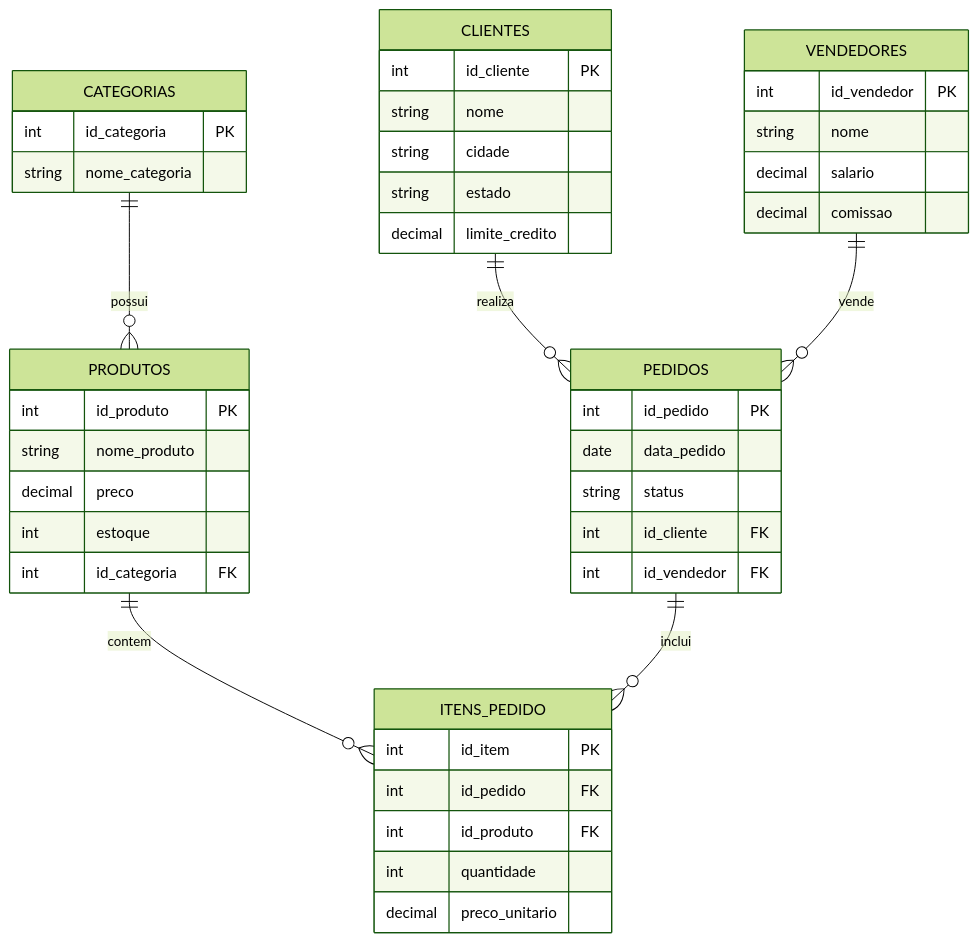
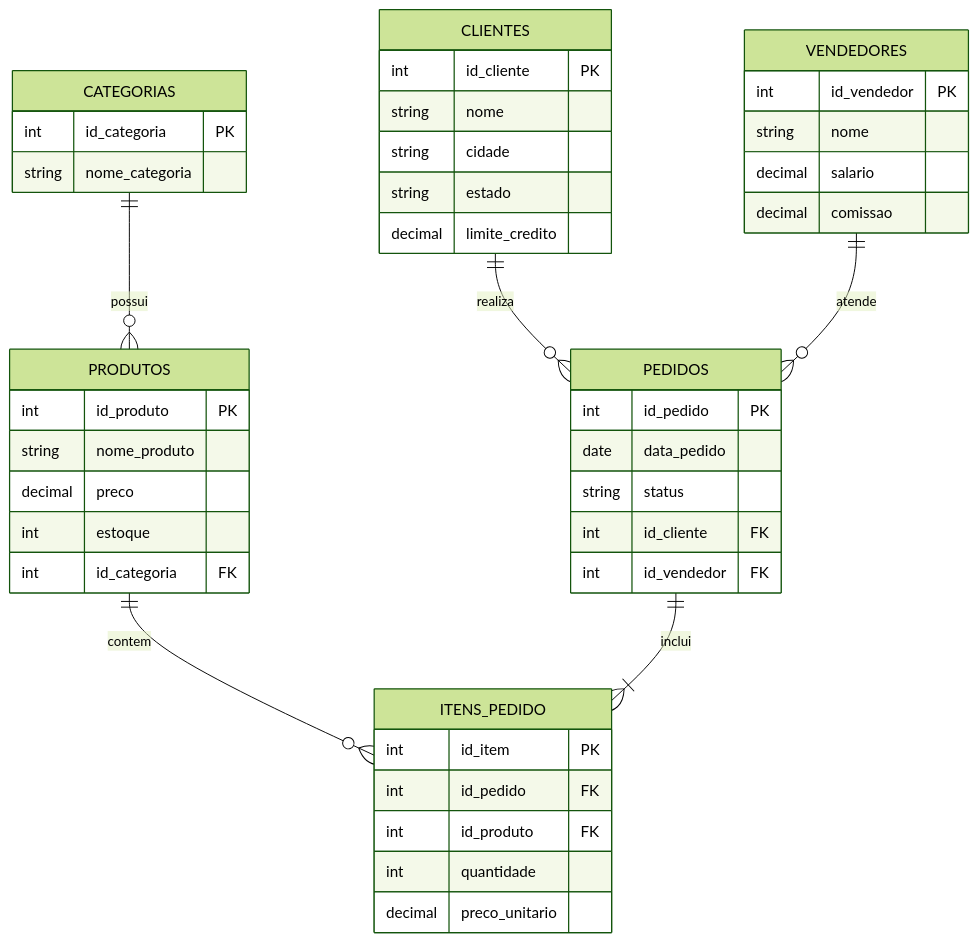
One commit to murilolol/unifef changed the first of 2 diagrams in 4º Semestre/[Prof. Welington Garcia] Tópicos Avançados em Banco de Dados/Trabalhos/Exercicios SubSelects - parte 01/detalhes.md. Above: the diagram before and after it, drawn with Mermaid (forest theme). The commit also changed other lines of this file and 6 other files, not shown here.

````diff
--- a/4º Semestre/[Prof. Welington Garcia] Tópicos Avançados em Banco de Dados/Trabalhos/Exercicios SubSelects - parte 01/detalhes.md
+++ b/4º Semestre/[Prof. Welington Garcia] Tópicos Avançados em Banco de Dados/Trabalhos/Exercicios SubSelects - parte 01/detalhes.md
@@ -429,52 +325,52 @@
 ```mermaid
 erDiagram
     CATEGORIAS ||--o{ PRODUTOS : possui
     PRODUTOS ||--o{ ITENS_PEDIDO : contem
-    PEDIDOS ||--o{ ITENS_PEDIDO : inclui
+    PEDIDOS ||--|{ ITENS_PEDIDO : inclui
     CLIENTES ||--o{ PEDIDOS : realiza
-    VENDEDORES ||--o{ PEDIDOS : vende
+    VENDEDORES ||--o{ PEDIDOS : atende
 
     CLIENTES {
         int id_cliente PK
         string nome
         string cidade
         string estado
         decimal limite_credito
     }
 
     VENDEDORES {
         int id_vendedor PK
         string nome
         decimal salario
         decimal comissao
     }
 
     CATEGORIAS {
         int id_categoria PK
         string nome_categoria
     }
 
     PRODUTOS {
         int id_produto PK
         string nome_produto
         decimal preco
         int estoque
         int id_categoria FK
     }
 
     PEDIDOS {
         int id_pedido PK
         date data_pedido
         string status
         int id_cliente FK
         int id_vendedor FK
     }
 
     ITENS_PEDIDO {
         int id_item PK
         int id_pedido FK
         int id_produto FK
         int quantidade
         decimal preco_unitario
     }
 ```
````
